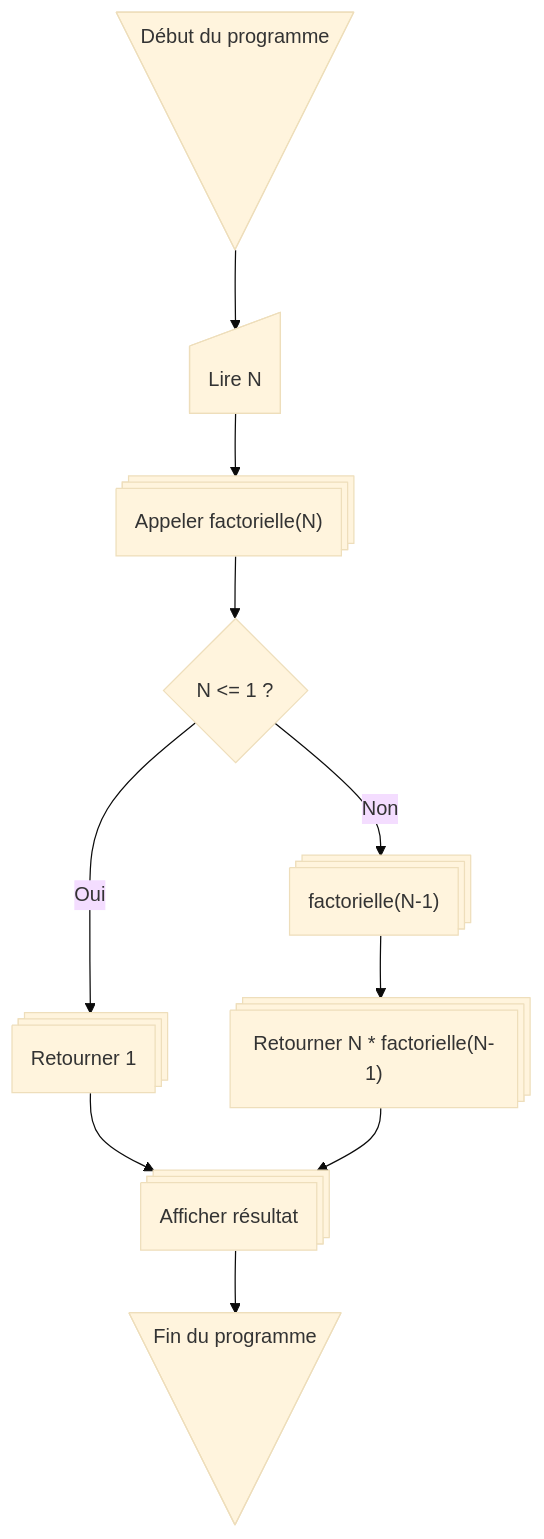
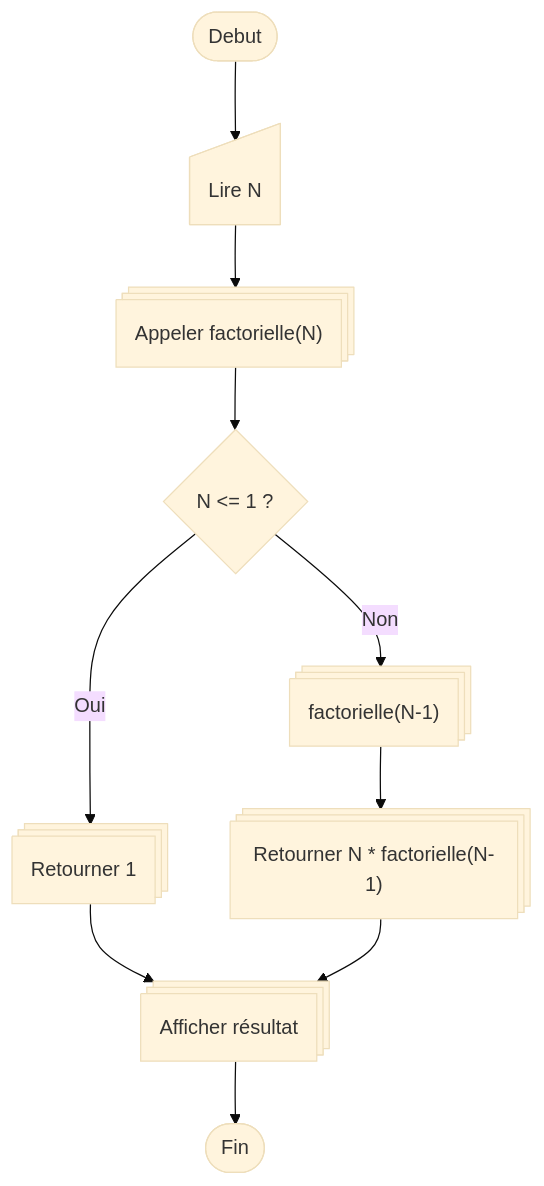
The seventh of 7 diagrams in 3.Organigrammes/README.md (CollegeBoreal/INF1042-203-25A-04), drawn with Mermaid (base theme) before and after one commit.

````diff
--- a/3.Organigrammes/README.md
+++ b/3.Organigrammes/README.md
@@ -155,22 +155,20 @@
 ```mermaid
 flowchart TD
-    A@{ shape: manual-file, label: "Début du programme"}
     B@{ shape: manual-input, label: "Lire N"}
     C@{ shape: procs, label: "Appeler factorielle(N)"}
     D@{ shape: diamond, label: "N <= 1 ?"}
     E@{ shape: procs, label: "Retourner 1"}
     F@{ shape: procs, label: "factorielle(N-1)"}
     G@{ shape: procs, label: "Retourner N * factorielle(N-1)"}
     H@{ shape: procs, label: "Afficher résultat"}
-    I@{ shape: manual-file, label: "Fin du programme"}
 
-    A --> B
+    A([Debut]) --> B
     B --> C
     C --> D
     D -- Oui --> E
     D -- Non --> F
     F --> G
     E --> H
     G --> H
-    H --> I
+    H --> I([Fin])
 ```
````
